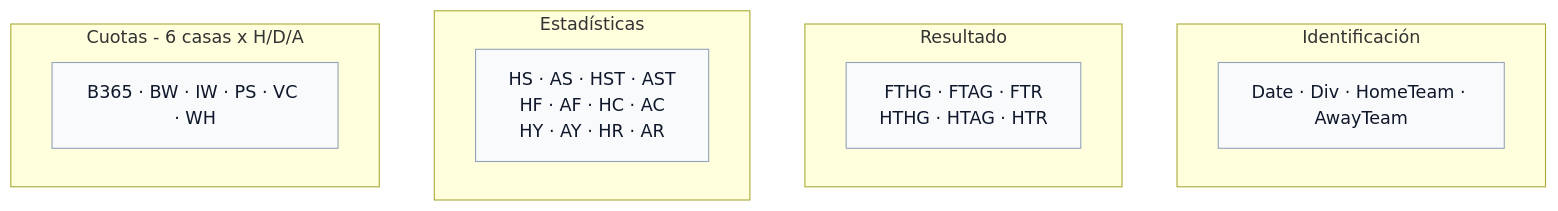
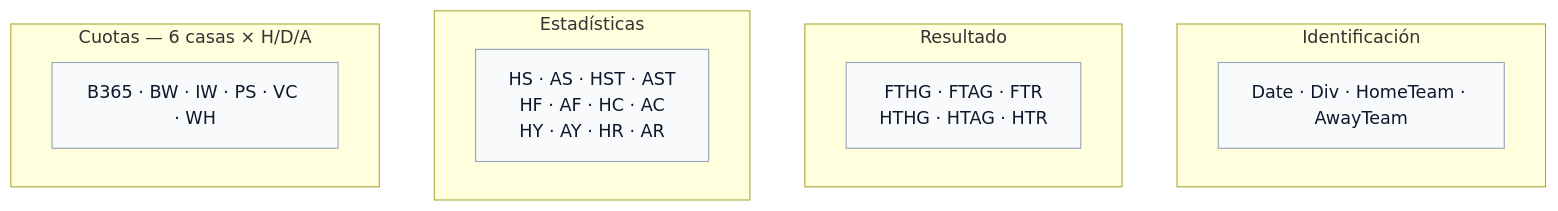
One commit to jorgepais02/PitchLens changed the second of 2 diagrams in docs/01_eda_por_liga.md. Above: the diagram before and after it, drawn with Mermaid. The commit also changed other lines of this file and 18 other files, not shown here.

````diff
--- a/docs/01_eda_por_liga.md
+++ b/docs/01_eda_por_liga.md
@@ -81,19 +85,19 @@
 ```mermaid
 graph TD
     classDef grp fill:#f8fafc,stroke:#94a3b8,color:#0f172a
 
     subgraph id1 ["Identificación"]
         A[Date · Div · HomeTeam · AwayTeam]
     end
     subgraph id2 ["Resultado"]
         B[FTHG · FTAG · FTR<br/>HTHG · HTAG · HTR]
     end
     subgraph id3 ["Estadísticas"]
         C[HS · AS · HST · AST<br/>HF · AF · HC · AC<br/>HY · AY · HR · AR]
     end
-    subgraph id4 ["Cuotas - 6 casas x H/D/A"]
+    subgraph id4 ["Cuotas — 6 casas × H/D/A"]
         D[B365 · BW · IW · PS · VC · WH]
     end
 
     class A,B,C,D grp
 ```
````
